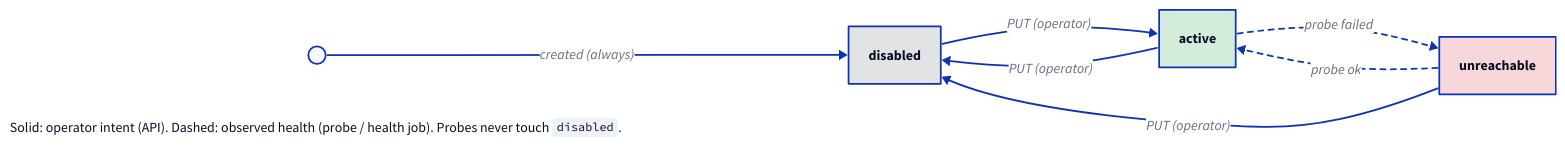
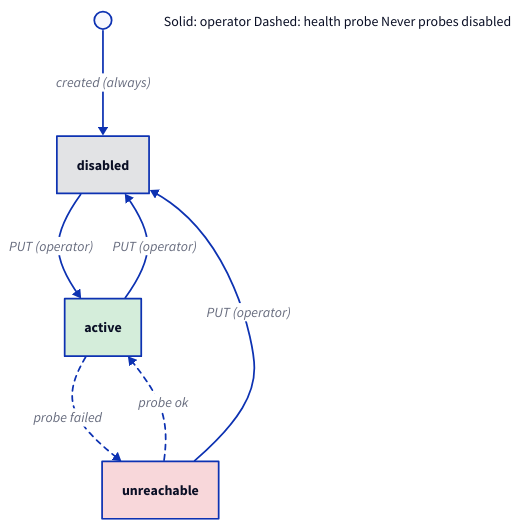
The diagram in docs/diagrams/mcp_state.d2 (rikitikitav1/rag-lab), drawn with D2 before and after one commit. The commit also changed 38 other files, not shown here.

```diff
--- a/docs/diagrams/mcp_state.d2
+++ b/docs/diagrams/mcp_state.d2
@@ -1,29 +1,29 @@
-direction: right
+direction: down
 
 disabled: disabled {
   style.fill: "#e2e3e5"
 }
 active: active {
   style.fill: "#d4edda"
 }
 unreachable: unreachable {
   style.fill: "#f8d7da"
 }
 
 start: "" {
   shape: circle
   width: 20
 }
 
 start -> disabled: created (always)
 disabled -> active: PUT (operator)
 active -> disabled: PUT (operator)
 unreachable -> disabled: PUT (operator)
 active -> unreachable: probe failed {style.stroke-dash: 3}
 unreachable -> active: probe ok {style.stroke-dash: 3}
 
 legend: |md
-  Solid: operator intent (API).
-  Dashed: observed health (probe / health job).
-  Probes never touch `disabled`.
+  Solid: operator
+  Dashed: health probe
+  Never probes disabled
 |
```
